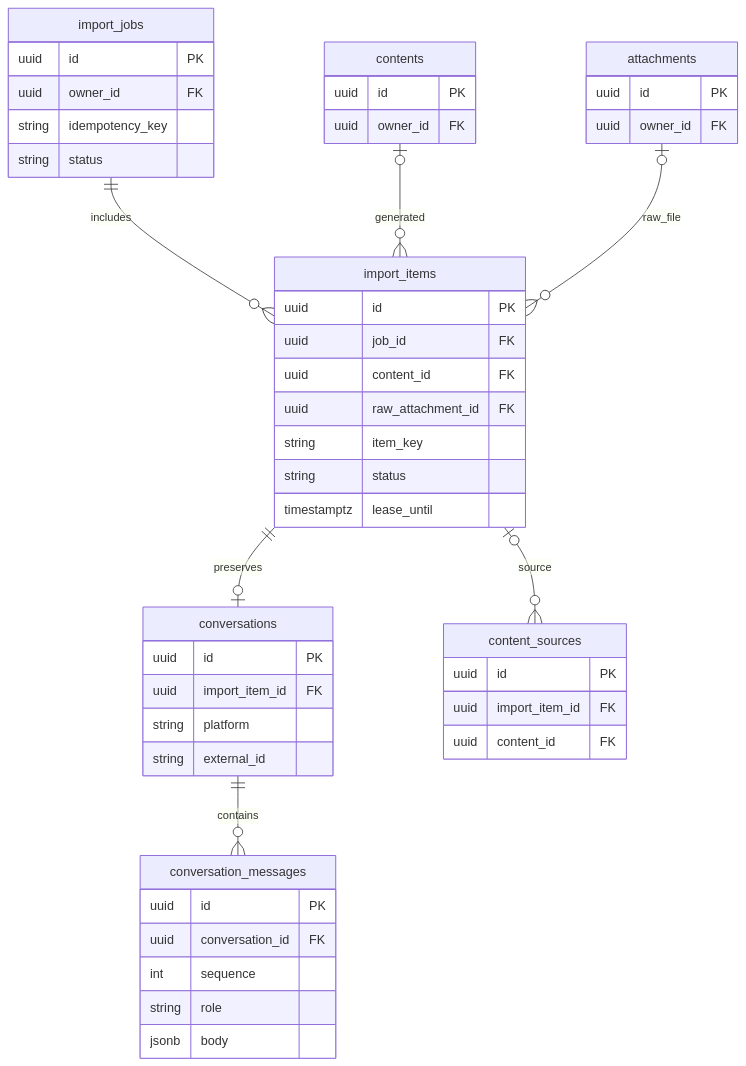
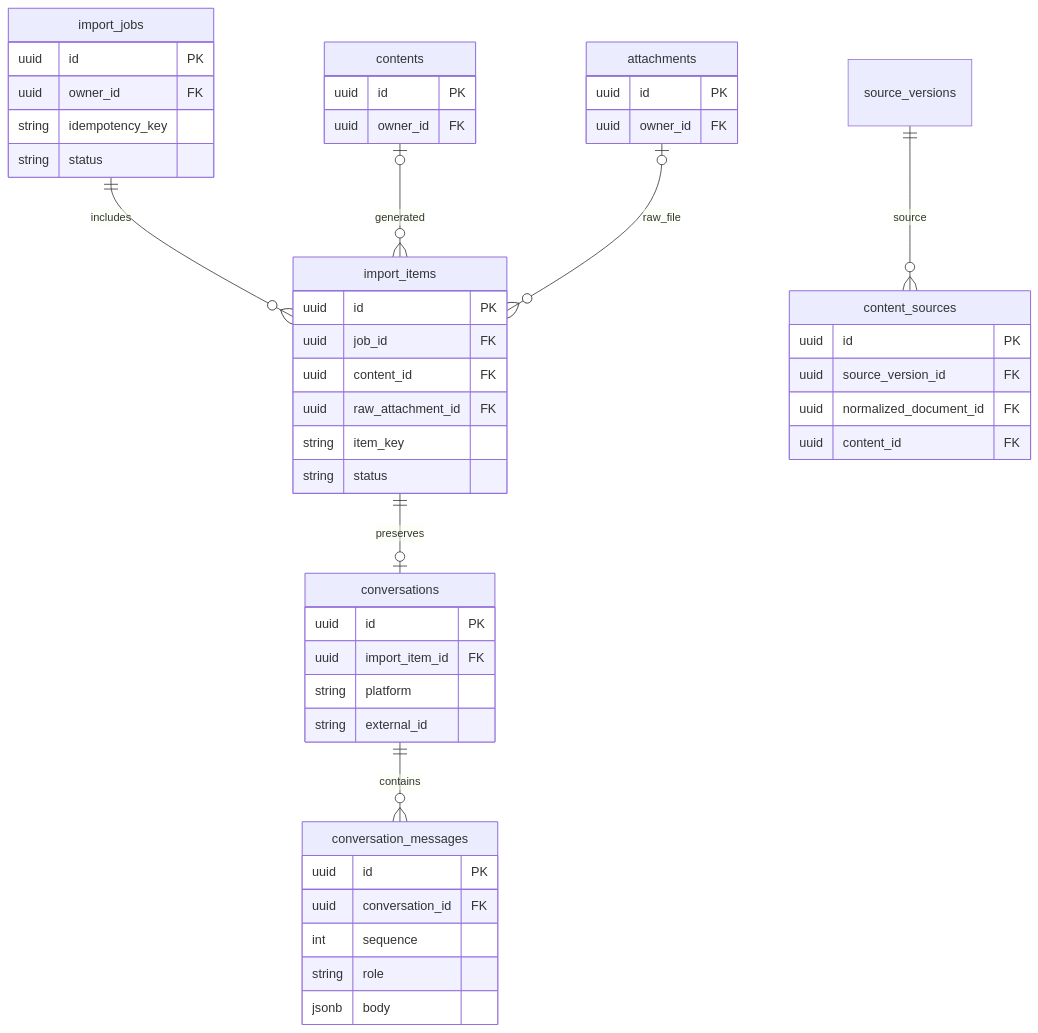
One commit to marineyulxl/Luma changed the third of 7 diagrams in docs/architecture/DATABASE-DESIGN.md. Above: the diagram before and after it, drawn with Mermaid. The commit also changed other lines of this file and 82 other files, not shown here.

````diff
--- a/docs/architecture/DATABASE-DESIGN.md
+++ b/docs/architecture/DATABASE-DESIGN.md
@@ -181,16 +198,16 @@
 ```mermaid
 erDiagram
     import_jobs ||--o{ import_items : includes
     import_items ||--o| conversations : preserves
     conversations ||--o{ conversation_messages : contains
     contents o|--o{ import_items : generated
     attachments o|--o{ import_items : raw_file
-    import_items o|--o{ content_sources : source
+    source_versions ||--o{ content_sources : source
     import_jobs { uuid id PK uuid owner_id FK string idempotency_key string status }
-    import_items { uuid id PK uuid job_id FK uuid content_id FK uuid raw_attachment_id FK string item_key string status timestamptz lease_until }
+    import_items { uuid id PK uuid job_id FK uuid content_id FK uuid raw_attachment_id FK string item_key string status }
     conversations { uuid id PK uuid import_item_id FK string platform string external_id }
     conversation_messages { uuid id PK uuid conversation_id FK int sequence string role jsonb body }
     contents { uuid id PK uuid owner_id FK }
     attachments { uuid id PK uuid owner_id FK }
-    content_sources { uuid id PK uuid import_item_id FK uuid content_id FK }
+    content_sources { uuid id PK uuid source_version_id FK uuid normalized_document_id FK uuid content_id FK }
 ```
````
